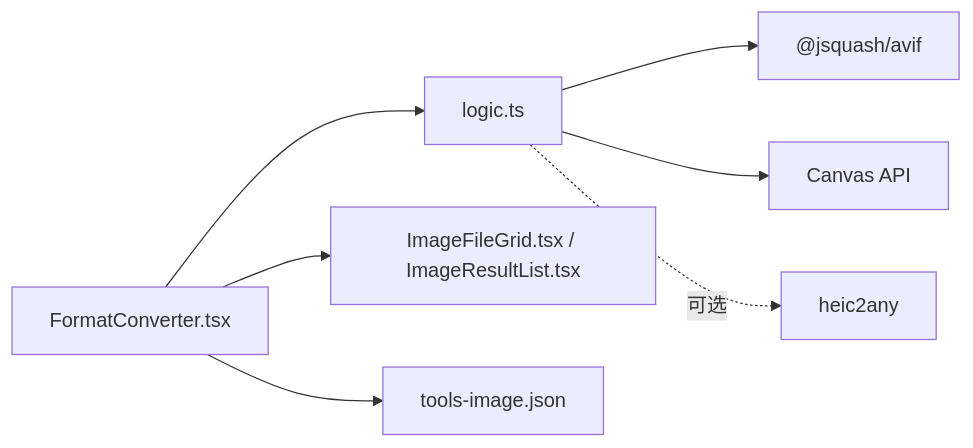
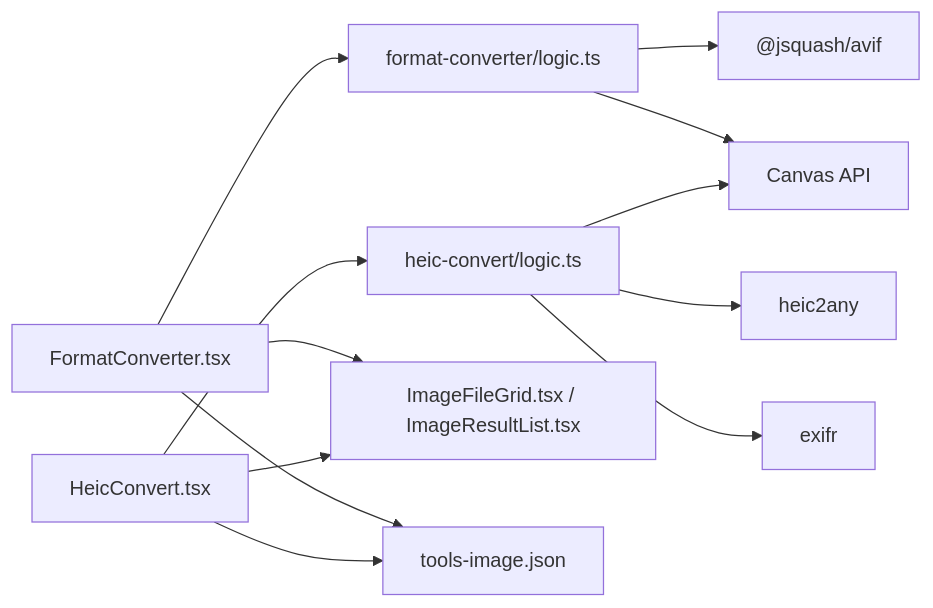
One commit to sgyy/privadeck changed the fifth of 5 diagrams in .qoder/repowiki/zh/content/图像工具/格式转换.md. Above: the diagram before and after it, drawn with Mermaid. The commit also changed other lines of this file and 5 other files, not shown here.

First line of the commit message:
feat(heic): 重构HEIC转换工具，支持EXIF解析和图像编辑

````diff
--- a/.qoder/repowiki/zh/content/图像工具/格式转换.md
+++ b/.qoder/repowiki/zh/content/图像工具/格式转换.md
@@ -219,9 +293,14 @@
 ```mermaid
 graph LR
-FC["FormatConverter.tsx"] --> LG["logic.ts"]
-LG --> AVIF["@jsquash/avif"]
-LG --> CANVAS["Canvas API"]
-LG -. 可选 .-> HEIC["heic2any"]
+FC["FormatConverter.tsx"] --> FCLOGIC["format-converter/logic.ts"]
+HC["HeicConvert.tsx"] --> HCLOGIC["heic-convert/logic.ts"]
+FCLOGIC --> AVIF["@jsquash/avif"]
+FCLOGIC --> CANVAS["Canvas API"]
+HCLOGIC --> HEIC["heic2any"]
+HCLOGIC --> EXIFR["exifr"]
+HCLOGIC --> CANVAS
 FC --> UI["ImageFileGrid.tsx / ImageResultList.tsx"]
 FC --> I18N["tools-image.json"]
+HC --> UI
+HC --> I18N
 ```
````
